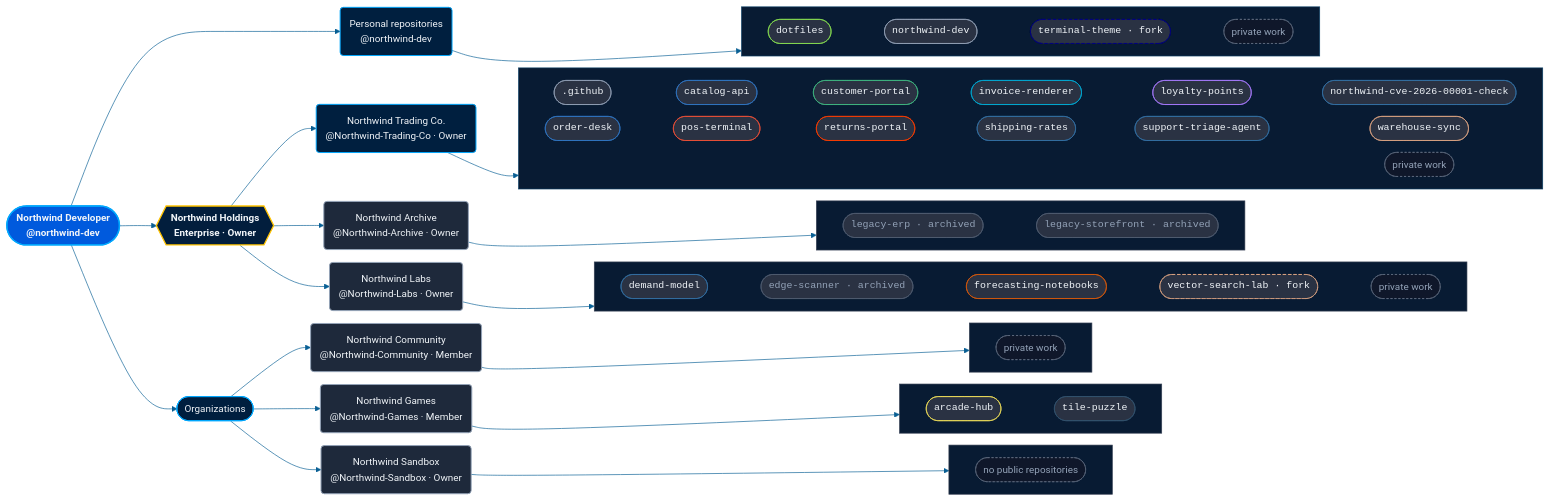
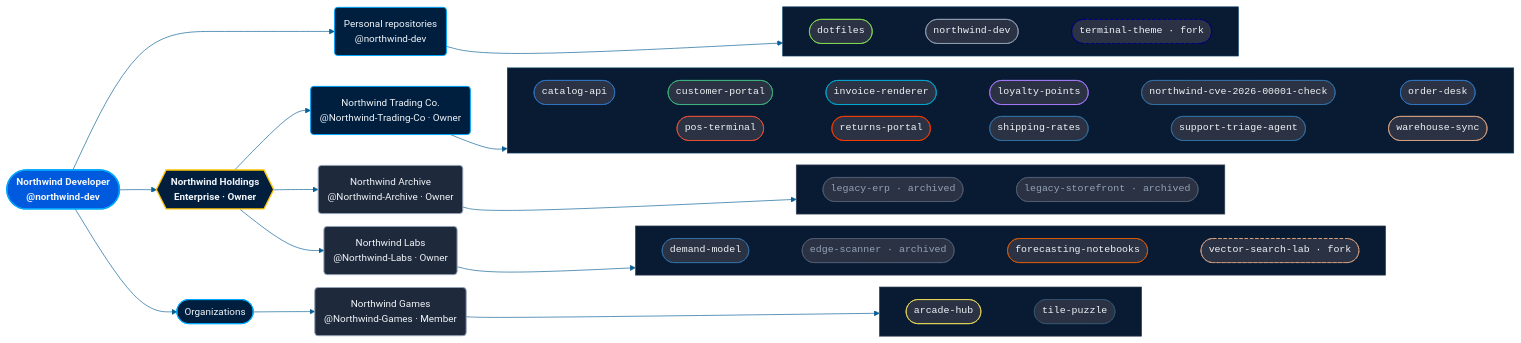
The diagram in assets/examples/account-chart-example.mmd (CompleteTech-Skills/github-showcase-skill), drawn with Mermaid before and after one commit. The commit also changed 10 other files, not shown here.

First line of the commit message:
Show public work by default in the account chart

```diff
--- a/assets/examples/account-chart-example.mmd
+++ b/assets/examples/account-chart-example.mmd
@@ -1,130 +1,109 @@
 %%{init: {"theme": "base", "fontFamily": "Poppins, ui-sans-serif, system-ui, sans-serif", "themeVariables": {"darkMode": true, "background": "#0F172A", "fontSize": "15px", "primaryColor": "#001F3F", "primaryTextColor": "#F1F5F9", "primaryBorderColor": "#00A7FD", "secondaryColor": "#001F3F", "tertiaryColor": "#001F3F", "mainBkg": "#001F3F", "nodeBorder": "#00A7FD", "lineColor": "#085F94", "textColor": "#CBD5E1", "titleColor": "#F1F5F9", "clusterBkg": "#081B33", "clusterBorder": "#0B3F65", "edgeLabelBackground": "#0F172A"}, "flowchart": {"curve": "basis", "htmlLabels": true, "wrappingWidth": 600, "nodeSpacing": 18, "rankSpacing": 56, "padding": 14, "diagramPadding": 24}}}%%
 flowchart LR
     accTitle: GitHub account map of Northwind Developer (@northwind-dev)
-    accDescr: personal repositories, 1 enterprise and 6 organizations, each with its public repositories
+    accDescr: personal repositories, 1 enterprise and 4 organizations, each with its public repositories
 
     acct(["Northwind Developer<br/>@northwind-dev"])
     me("Personal repositories<br/>@northwind-dev")
     acct ---> me
     subgraph me_r [" "]
         direction LR
-        me_r1(["dotfiles"]) ~~~ me_r2(["northwind-dev"]) ~~~ me_r3(["terminal-theme · fork"]) ~~~ me_r4(["private work"])
+        me_r1(["dotfiles"]) ~~~ me_r2(["northwind-dev"]) ~~~ me_r3(["terminal-theme · fork"])
     end
     me --> me_r
     me ~~~ me_r1
     e1{{"Northwind Holdings<br/>Enterprise · Owner"}}
     acct --> e1
     e1o1("Northwind Trading Co.<br/>@Northwind-Trading-Co · Owner")
     e1 --> e1o1
     subgraph e1o1_r [" "]
         direction LR
-        e1o1_r1([".github"]) ~~~ e1o1_r2(["catalog-api"]) ~~~ e1o1_r3(["customer-portal"]) ~~~ e1o1_r4(["invoice-renderer"]) ~~~ e1o1_r5(["loyalty-points"]) ~~~ e1o1_r6(["northwind-cve-2026-00001-check"])
-        e1o1_r7(["order-desk"]) ~~~ e1o1_r8(["pos-terminal"]) ~~~ e1o1_r9(["returns-portal"]) ~~~ e1o1_r10(["shipping-rates"]) ~~~ e1o1_r11(["support-triage-agent"]) ~~~ e1o1_r12(["warehouse-sync"])
-        e1o1_r13(["private work"])
+        e1o1_r1(["catalog-api"]) ~~~ e1o1_r2(["customer-portal"]) ~~~ e1o1_r3(["invoice-renderer"]) ~~~ e1o1_r4(["loyalty-points"]) ~~~ e1o1_r5(["northwind-cve-2026-00001-check"]) ~~~ e1o1_r6(["order-desk"])
+        e1o1_r7(["pos-terminal"]) ~~~ e1o1_r8(["returns-portal"]) ~~~ e1o1_r9(["shipping-rates"]) ~~~ e1o1_r10(["support-triage-agent"]) ~~~ e1o1_r11(["warehouse-sync"])
     end
     e1o1 --> e1o1_r
     e1o1 ~~~ e1o1_r1
     e1o1 ~~~ e1o1_r7
-    e1o1 ~~~ e1o1_r13
     e1o2("Northwind Archive<br/>@Northwind-Archive · Owner")
     e1 --> e1o2
     subgraph e1o2_r [" "]
         direction LR
         e1o2_r1(["legacy-erp · archived"]) ~~~ e1o2_r2(["legacy-storefront · archived"])
     end
     e1o2 --> e1o2_r
     e1o2 ~~~ e1o2_r1
     e1o3("Northwind Labs<br/>@Northwind-Labs · Owner")
     e1 --> e1o3
     subgraph e1o3_r [" "]
         direction LR
-        e1o3_r1(["demand-model"]) ~~~ e1o3_r2(["edge-scanner · archived"]) ~~~ e1o3_r3(["forecasting-notebooks"]) ~~~ e1o3_r4(["vector-search-lab · fork"]) ~~~ e1o3_r5(["private work"])
+        e1o3_r1(["demand-model"]) ~~~ e1o3_r2(["edge-scanner · archived"]) ~~~ e1o3_r3(["forecasting-notebooks"]) ~~~ e1o3_r4(["vector-search-lab · fork"])
     end
     e1o3 --> e1o3_r
     e1o3 ~~~ e1o3_r1
     hub(["Organizations"])
     acct --> hub
-    o1("Northwind Community<br/>@Northwind-Community · Member")
+    o1("Northwind Games<br/>@Northwind-Games · Member")
     hub --> o1
     subgraph o1_r [" "]
         direction LR
-        o1_r1(["private work"])
+        o1_r1(["arcade-hub"]) ~~~ o1_r2(["tile-puzzle"])
     end
     o1 --> o1_r
     o1 ~~~ o1_r1
-    o2("Northwind Games<br/>@Northwind-Games · Member")
-    hub --> o2
-    subgraph o2_r [" "]
-        direction LR
-        o2_r1(["arcade-hub"]) ~~~ o2_r2(["tile-puzzle"])
-    end
-    o2 --> o2_r
-    o2 ~~~ o2_r1
-    o3("Northwind Sandbox<br/>@Northwind-Sandbox · Owner")
-    hub --> o3
-    subgraph o3_r [" "]
-        direction LR
-        o3_r1(["no public repositories"])
-    end
-    o3 --> o3_r
-    o3 ~~~ o3_r1
 
     classDef account fill:#005ADD,stroke:#00A7FD,stroke-width:2px,color:#F1F5F9,font-weight:600
     classDef hub fill:#001F3F,stroke:#00A7FD,stroke-width:1.5px,color:#F1F5F9
     classDef enterprise fill:#021E3D,stroke:#FFC300,stroke-width:2px,color:#F1F5F9,font-weight:600
     classDef f_completetech fill:#001F3F,stroke:#00A7FD,stroke-width:1.5px,color:#F1F5F9
     classDef f_neutral fill:#1E293B,stroke:#94A3B8,stroke-width:1.5px,color:#F1F5F9
     classDef repo fill:#2A3243,stroke:#066DA9,stroke-width:1px,color:#F1F5F9,font-family:monospace
     classDef l_cpp stroke:#F34B7D
     classDef l_csharp stroke:#178600
     classDef l_default stroke:#94A3B8
     classDef l_gdscript stroke:#355570
     classDef l_go stroke:#00ADD8
     classDef l_javascript stroke:#F1E05A
     classDef l_jupyter_notebook stroke:#DA5B0B
     classDef l_kotlin stroke:#A97BFF
     classDef l_lua stroke:#000080
     classDef l_php stroke:#4F5D95
     classDef l_python stroke:#3572A5
     classDef l_rust stroke:#DEA584
     classDef l_shell stroke:#89E051
     classDef l_svelte stroke:#FF3E00
     classDef l_swift stroke:#F05138
     classDef l_typescript stroke:#3178C6
     classDef l_vue stroke:#41B883
     classDef fork stroke-dasharray:5 3
     classDef archived color:#94A3B8,stroke:#525D71
     classDef note fill:#0F172A,stroke:#5F6B7F,stroke-dasharray:3 3,color:#94A3B8
     class acct account
     class hub hub
     class e1 enterprise
     class me,e1o1 f_completetech
-    class e1o2,e1o3,o1,o2,o3 f_neutral
-    class me_r1,me_r2,me_r3,e1o1_r1,e1o1_r2,e1o1_r3,e1o1_r4,e1o1_r5,e1o1_r6,e1o1_r7,e1o1_r8,e1o1_r9,e1o1_r10,e1o1_r11,e1o1_r12,e1o2_r1,e1o2_r2,e1o3_r1,e1o3_r2,e1o3_r3,e1o3_r4,o2_r1,o2_r2 repo
+    class e1o2,e1o3,o1 f_neutral
+    class me_r1,me_r2,me_r3,e1o1_r1,e1o1_r2,e1o1_r3,e1o1_r4,e1o1_r5,e1o1_r6,e1o1_r7,e1o1_r8,e1o1_r9,e1o1_r10,e1o1_r11,e1o2_r1,e1o2_r2,e1o3_r1,e1o3_r2,e1o3_r3,e1o3_r4,o1_r1,o1_r2 repo
     class e1o3_r2 l_cpp
     class e1o2_r1 l_csharp
-    class me_r2,e1o1_r1 l_default
-    class o2_r2 l_gdscript
-    class e1o1_r4 l_go
-    class o2_r1 l_javascript
+    class me_r2 l_default
+    class o1_r2 l_gdscript
+    class e1o1_r3 l_go
+    class o1_r1 l_javascript
     class e1o3_r3 l_jupyter_notebook
-    class e1o1_r5 l_kotlin
+    class e1o1_r4 l_kotlin
     class me_r3 l_lua
     class e1o2_r2 l_php
-    class e1o1_r6,e1o1_r10,e1o1_r11,e1o3_r1 l_python
-    class e1o1_r12,e1o3_r4 l_rust
+    class e1o1_r5,e1o1_r9,e1o1_r10,e1o3_r1 l_python
+    class e1o1_r11,e1o3_r4 l_rust
     class me_r1 l_shell
-    class e1o1_r9 l_svelte
-    class e1o1_r8 l_swift
-    class e1o1_r2,e1o1_r7 l_typescript
-    class e1o1_r3 l_vue
+    class e1o1_r8 l_svelte
+    class e1o1_r7 l_swift
+    class e1o1_r1,e1o1_r6 l_typescript
+    class e1o1_r2 l_vue
     class me_r3,e1o3_r4 fork
     class e1o2_r1,e1o2_r2,e1o3_r2 archived
-    class me_r4,e1o1_r13,e1o3_r5,o1_r1,o3_r1 note
     style me_r fill:#081B33,stroke:#0B3F65,stroke-width:1px
     style e1o1_r fill:#081B33,stroke:#0B3F65,stroke-width:1px
     style e1o2_r fill:#081B33,stroke:#374155,stroke-width:1px
     style e1o3_r fill:#081B33,stroke:#374155,stroke-width:1px
     style o1_r fill:#081B33,stroke:#374155,stroke-width:1px
-    style o2_r fill:#081B33,stroke:#374155,stroke-width:1px
-    style o3_r fill:#081B33,stroke:#374155,stroke-width:1px
```
